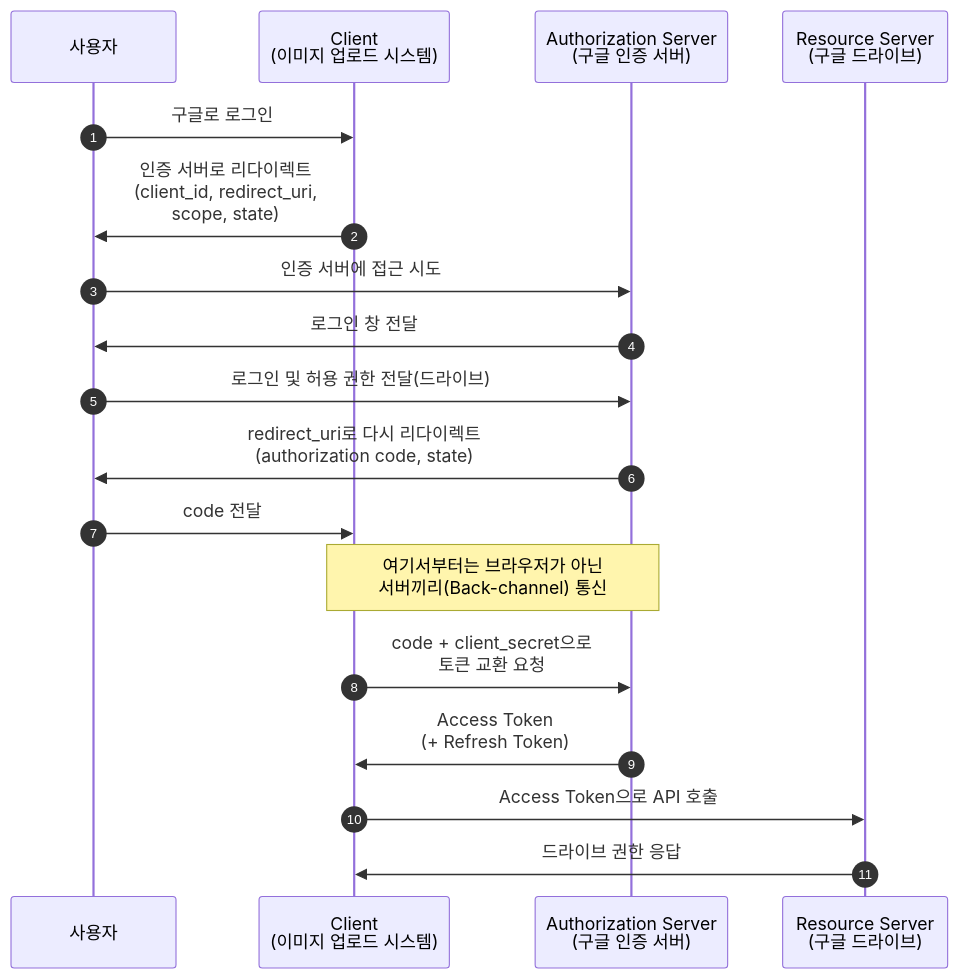
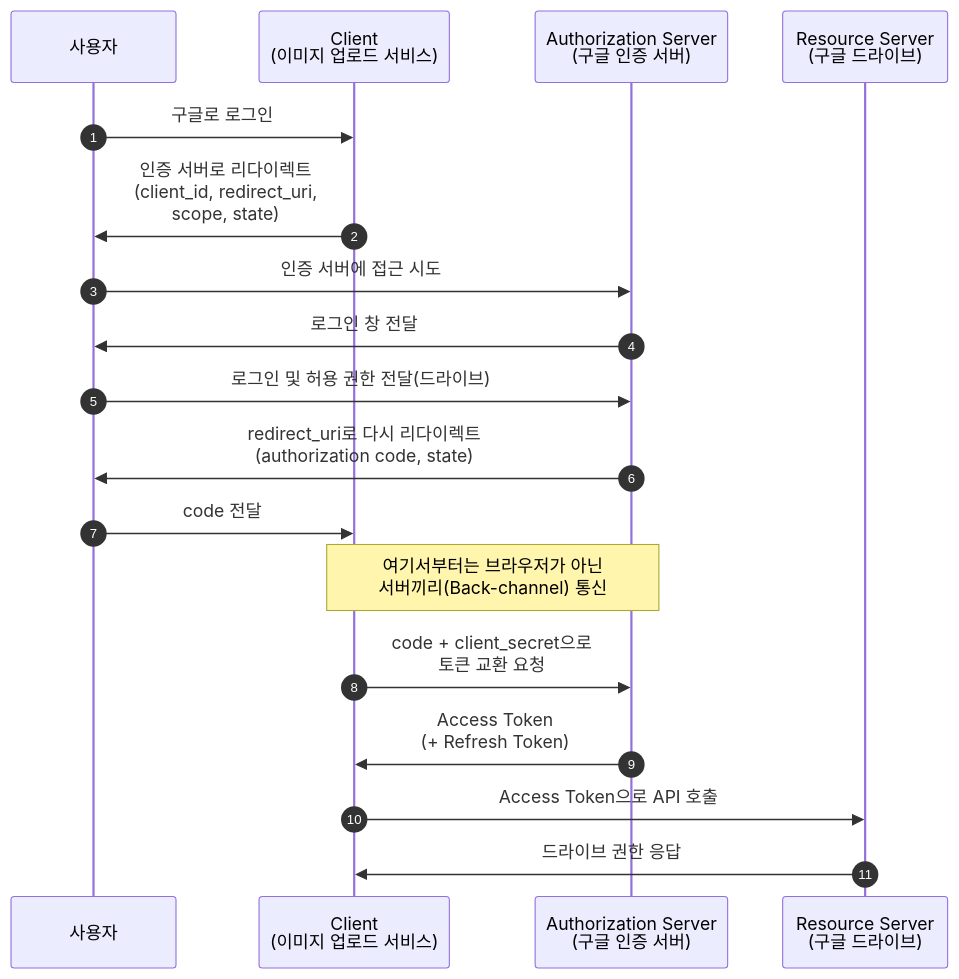
Before and after one commit to chanwoo-lee-cw/TIL: the second of 5 diagrams in et/server/OAuth2와_OIDC.md, drawn with Mermaid. The commit also changed other lines of this file, not shown here.

````diff
--- a/et/server/OAuth2와_OIDC.md
+++ b/et/server/OAuth2와_OIDC.md
@@ -56,21 +63,21 @@
 ```mermaid
 sequenceDiagram
     autonumber
     participant U as 사용자
-    participant C as Client<br/>(이미지 업로드 시스템)
+    participant C as Client<br/>(이미지 업로드 서비스)
     participant A as Authorization Server<br/>(구글 인증 서버)
     participant R as Resource Server<br/>(구글 드라이브)
 
     U->>C: 구글로 로그인
     C->>U: 인증 서버로 리다이렉트<br/>(client_id, redirect_uri,<br/>scope, state)
     U->>A: 인증 서버에 접근 시도
     A->>U: 로그인 창 전달
     U->>A: 로그인 및 허용 권한 전달(드라이브)
     A->>U: redirect_uri로 다시 리다이렉트<br/>(authorization code, state)
     U->>C: code 전달
     Note over C,A: 여기서부터는 브라우저가 아닌<br/>서버끼리(Back-channel) 통신
     C->>A: code + client_secret으로<br/>토큰 교환 요청
     A->>C: Access Token<br/>(+ Refresh Token)
     C->>R: Access Token으로 API 호출
     R->>C: 드라이브 권한 응답
 ```
````
